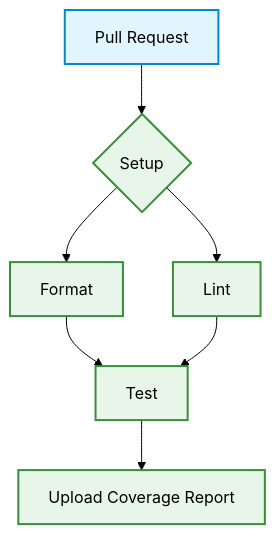
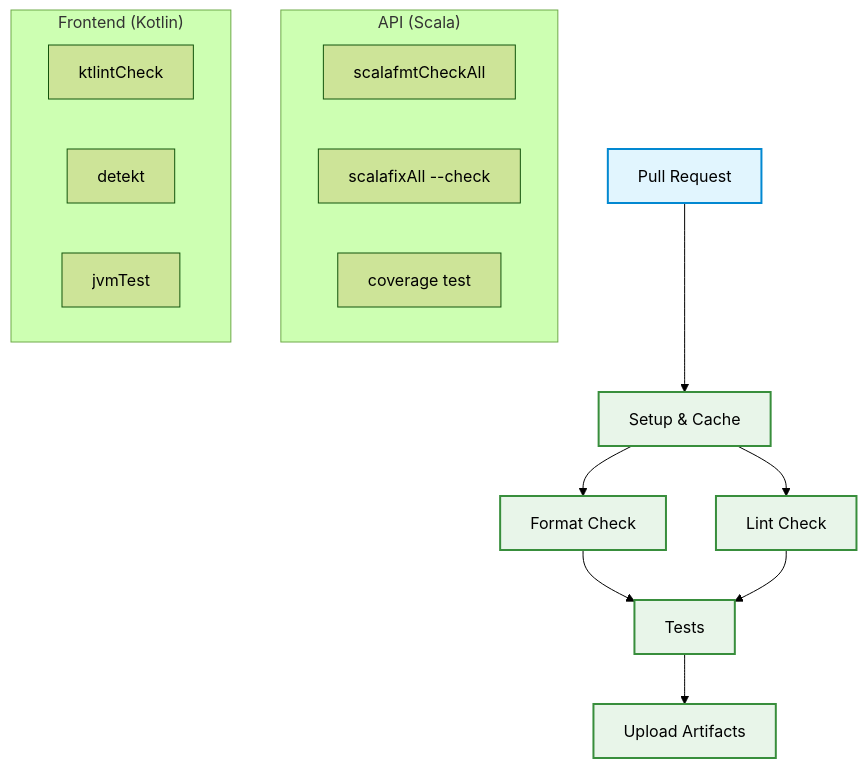
Before and after one commit to Keyla-TTT/Keyla-REPORT: the diagram in docs/Report/DevOps.md, drawn with Mermaid (forest theme). The commit also changed other lines of this file and 3 other files, not shown here.

````diff
--- a/docs/Report/DevOps.md
+++ b/docs/Report/DevOps.md
@@ -56,14 +65,26 @@
 ```mermaid
 graph TD
-    A[Pull Request] --> B{Setup};
-    B --> C[Format];
-    B --> D[Lint];
-    C --> E[Test];
-    D --> E;
-    E --> F[Upload Coverage Report];
+    A[Pull Request] --> B[Setup & Cache]
+    B --> C[Format Check]
+    B --> D[Lint Check]
+    C --> E[Tests]
+    D --> E
+    E --> F[Upload Artifacts]
+    
+    subgraph "API (Scala)"
+        C1[scalafmtCheckAll]
+        D1[scalafixAll --check]
+        E1[coverage test]
+    end
+    
+    subgraph "Frontend (Kotlin)"
+        C2[ktlintCheck]
+        D2[detekt]
+        E2[jvmTest]
+    end
 
     classDef trigger fill:#e1f5fe,stroke:#0288d1,stroke-width:2px;
     classDef job fill:#e8f5e9,stroke:#388e3c,stroke-width:2px;
     class A trigger;
     class B,C,D,E,F job;
 ```
````
